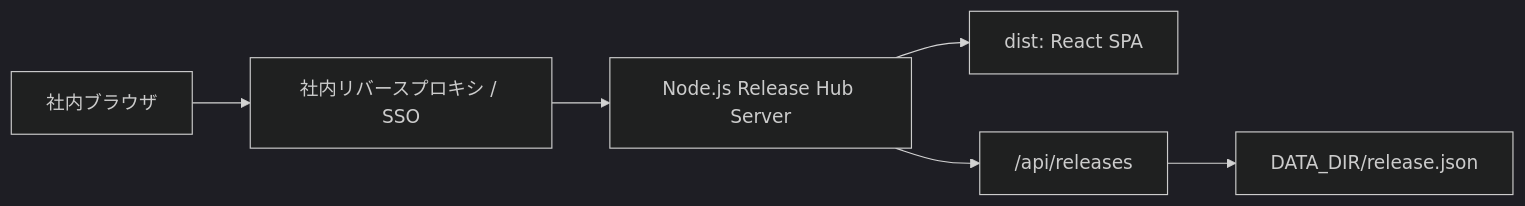
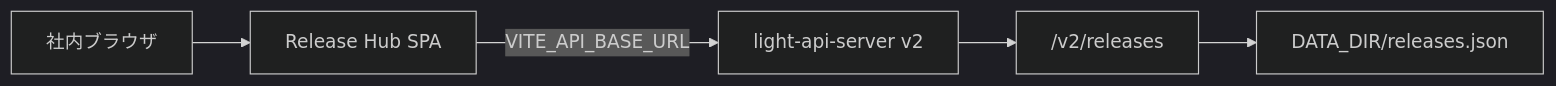
One commit to aion0721/release-hub changed the first of 5 diagrams in docs/basic-design.md. Above: the diagram before and after it, drawn with Mermaid (dark theme). The commit also changed other lines of this file and 13 other files, not shown here.

Commit message:
Connect Release Hub to light API v2

````diff
--- a/docs/basic-design.md
+++ b/docs/basic-design.md
@@ -16,8 +16,7 @@
 ```mermaid
 flowchart LR
-  User["社内ブラウザ"] --> Proxy["社内リバースプロキシ / SSO"]
-  Proxy --> Node["Node.js Release Hub Server"]
-  Node --> SPA["dist: React SPA"]
-  Node --> API["/api/releases"]
-  API --> JSON["DATA_DIR/release.json"]
+  User["社内ブラウザ"] --> SPA["Release Hub SPA"]
+  SPA -->|"VITE_API_BASE_URL"| API["light-api-server v2"]
+  API --> REST["/v2/releases"]
+  REST --> JSON["DATA_DIR/releases.json"]
 ```
````
